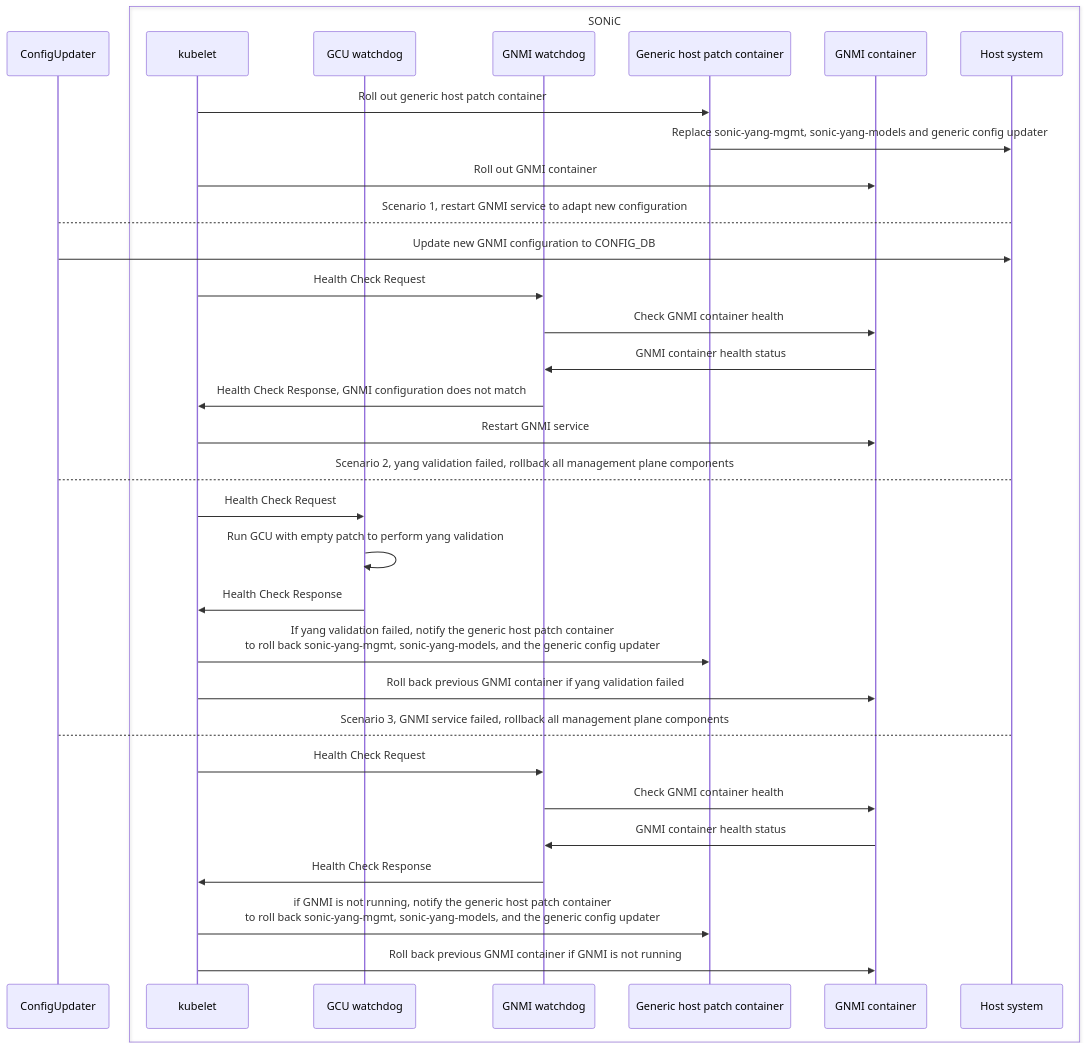
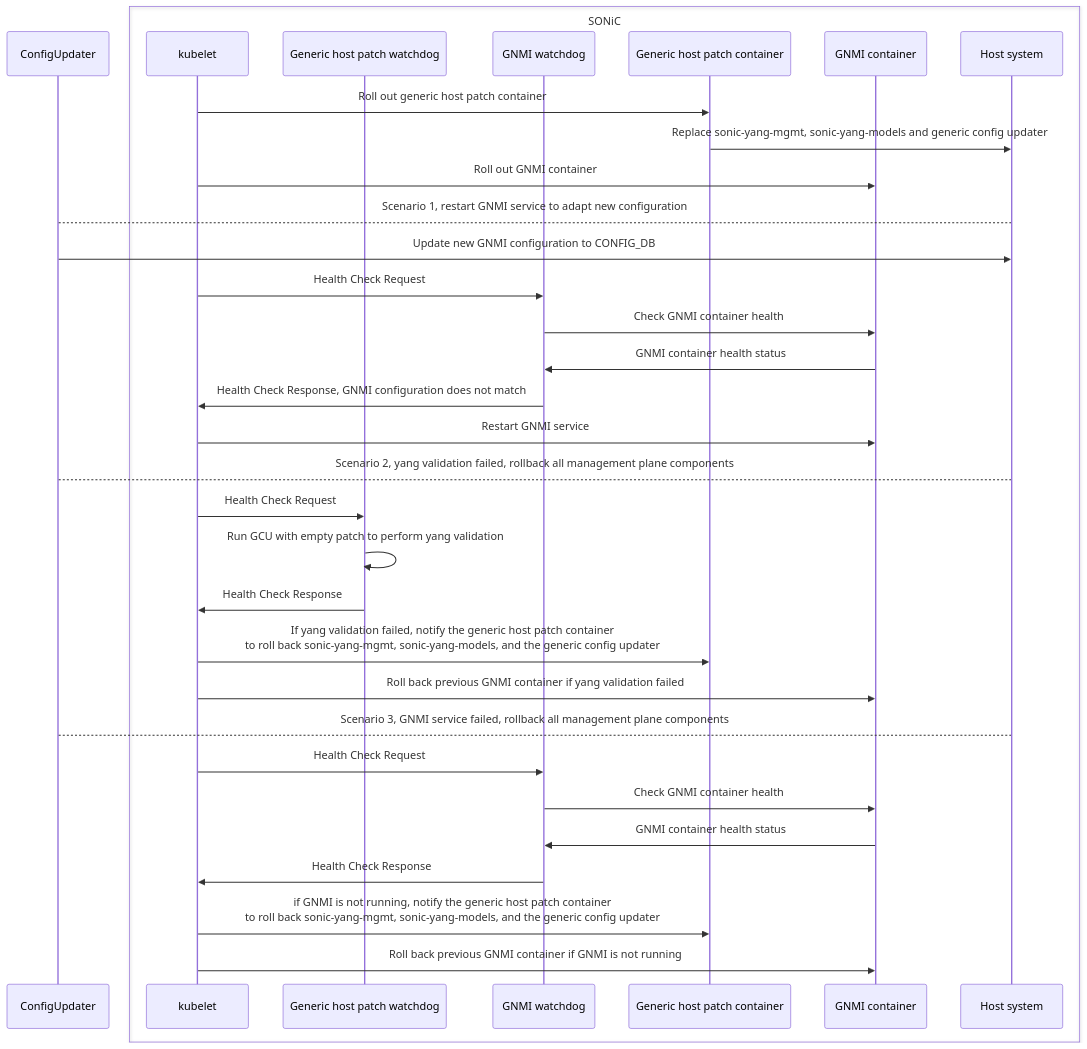
One commit to ganglyu/mermaid changed the diagram in gnmi_upgrade.md. Above: the diagram before and after it, drawn with Mermaid.

````diff
--- a/gnmi_upgrade.md
+++ b/gnmi_upgrade.md
@@ -1,35 +1,35 @@
 ```mermaid
 sequenceDiagram
     participant ConfigUpdater
     box SONiC
         participant kubelet
-        participant GCU watchdog
+        participant Generic host patch watchdog
         participant GNMI watchdog
         participant Generic host patch container
         participant GNMI container
         participant Host system
     end
     kubelet->>Generic host patch container: Roll out generic host patch container
     Generic host patch container->>Host system: Replace sonic-yang-mgmt, sonic-yang-models and generic config updater
     kubelet->>GNMI container: Roll out GNMI container
     ConfigUpdater-->Host system: Scenario 1, restart GNMI service to adapt new configuration
     ConfigUpdater->>Host system: Update new GNMI configuration to CONFIG_DB
     kubelet->>GNMI watchdog: Health Check Request
     GNMI watchdog->>GNMI container: Check GNMI container health
     GNMI container->>GNMI watchdog: GNMI container health status
     GNMI watchdog->>kubelet: Health Check Response, GNMI configuration does not match
     kubelet->>GNMI container: Restart GNMI service
     ConfigUpdater-->Host system: Scenario 2, yang validation failed, rollback all management plane components
-    kubelet->>GCU watchdog: Health Check Request
-    GCU watchdog->>GCU watchdog: Run GCU with empty patch to perform yang validation
-    GCU watchdog->>kubelet: Health Check Response
+    kubelet->>Generic host patch watchdog: Health Check Request
+    Generic host patch watchdog->>Generic host patch watchdog: Run GCU with empty patch to perform yang validation
+    Generic host patch watchdog->>kubelet: Health Check Response
     kubelet->>Generic host patch container: If yang validation failed, notify the generic host patch container <br>to roll back sonic-yang-mgmt, sonic-yang-models, and the generic config updater
     kubelet->>GNMI container: Roll back previous GNMI container if yang validation failed
     ConfigUpdater-->Host system: Scenario 3, GNMI service failed, rollback all management plane components
     kubelet->>GNMI watchdog: Health Check Request
     GNMI watchdog->>GNMI container: Check GNMI container health
     GNMI container->>GNMI watchdog: GNMI container health status
     GNMI watchdog->>kubelet: Health Check Response
     kubelet->>Generic host patch container: if GNMI is not running, notify the generic host patch container <br>to roll back sonic-yang-mgmt, sonic-yang-models, and the generic config updater
     kubelet->>GNMI container: Roll back previous GNMI container if GNMI is not running
 ```
````
